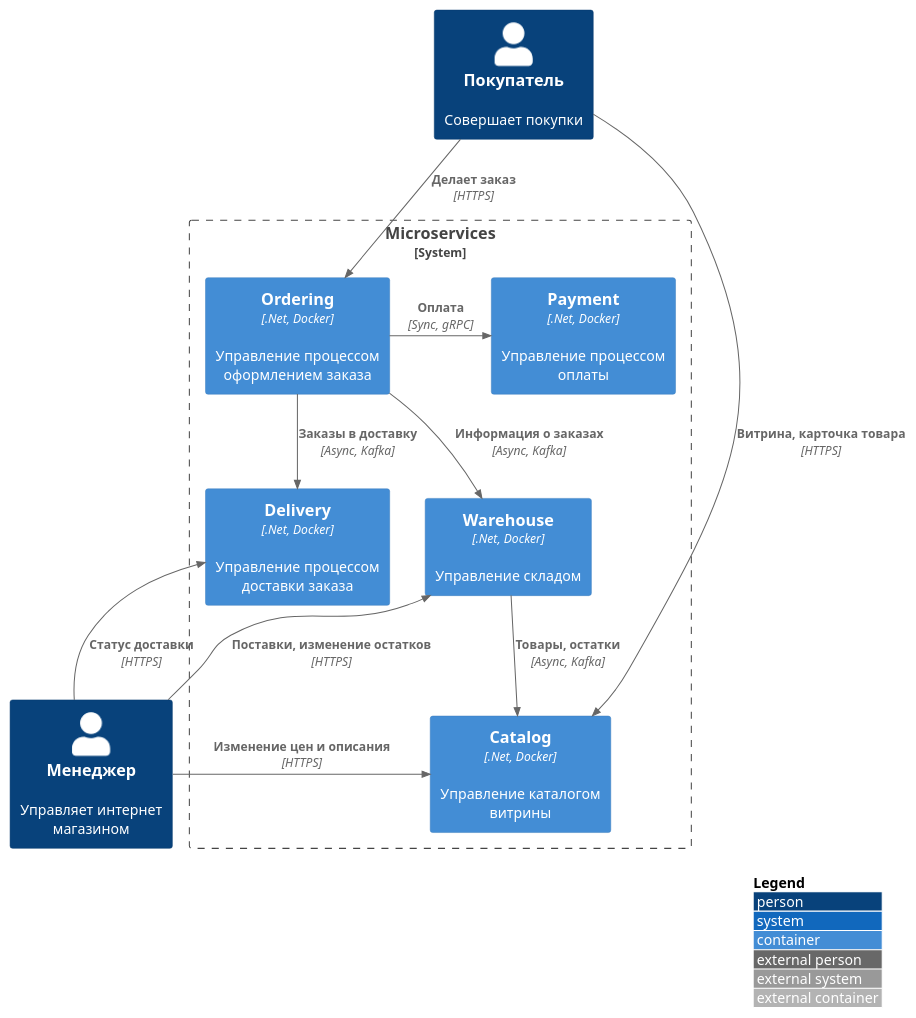
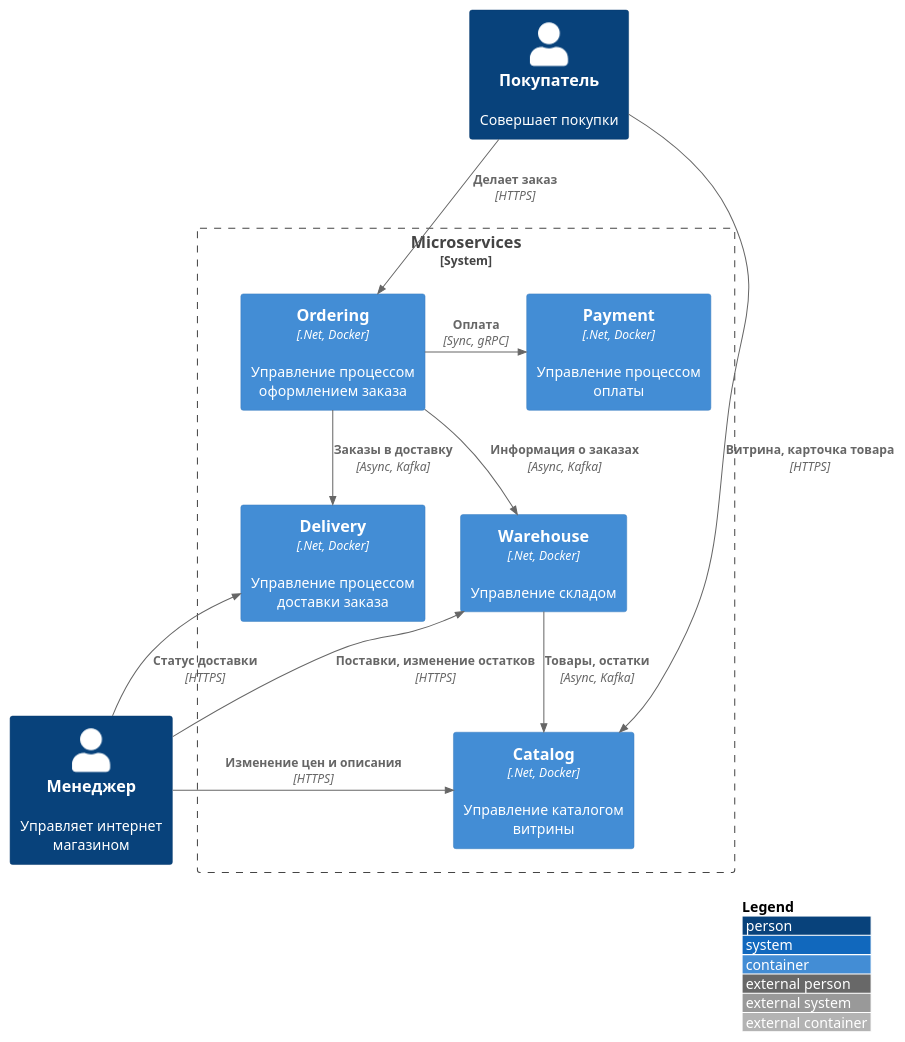
One commit to gerzhan/knigaexpert-system-design changed the third of 4 diagrams in README.md. Above: the diagram before and after it, drawn with PlantUML.

````diff
--- a/README.md
+++ b/README.md
@@ -102,33 +102,33 @@
 ```plantuml
 !include https://raw.githubusercontent.com/plantuml-stdlib/C4-PlantUML/master/C4_Container.puml
 
 skinparam wrapWidth 200
 skinparam maxMessageSize 200
 
 LAYOUT_TOP_DOWN()
 LAYOUT_WITH_LEGEND()
 
 Person(customer, Покупатель, "Совершает покупки")
 Person(manager, Менеджер, "Управляет интернет магазином")
 System_Boundary(microservices, "Microservices") {
   Container(ordering, "Ordering", ".Net, Docker", "Управление процессом оформлением заказа")
   Rel(customer, ordering, "Делает заказ", "HTTPS")  
 
   Container(warehouse, "Warehouse", ".Net, Docker", "Управление складом")
   Rel(ordering, warehouse, "Информация о заказах", "Async, Kafka")
   Rel(manager, warehouse, "Поставки, изменение остатков", "HTTPS")
 
   Container(catalog, "Catalog", ".Net, Docker", "Управление каталогом витрины")
   Rel(warehouse, catalog, "Товары, остатки", "Async, Kafka")
   Rel(customer, catalog, "Витрина, карточка товара", "HTTPS")
   Rel_U(manager, catalog, "Изменение цен и описания", "HTTPS")
 
   Container(payment, "Payment", ".Net, Docker", "Управление процессом оплаты")
   Rel_R(ordering, payment, "Оплата", "Sync, gRPC")
 
   Container(delivery, "Delivery", ".Net, Docker", "Управление процессом доставки заказа")
   Rel(ordering, delivery, "Заказы в доставку", "Async, Kafka")
   Rel_U(manager, delivery, "Статус доставки", "HTTPS")
-  Lay_L(warehouse,manager)
+  Lay_L(microservices,manager)
 }
 ```
````
